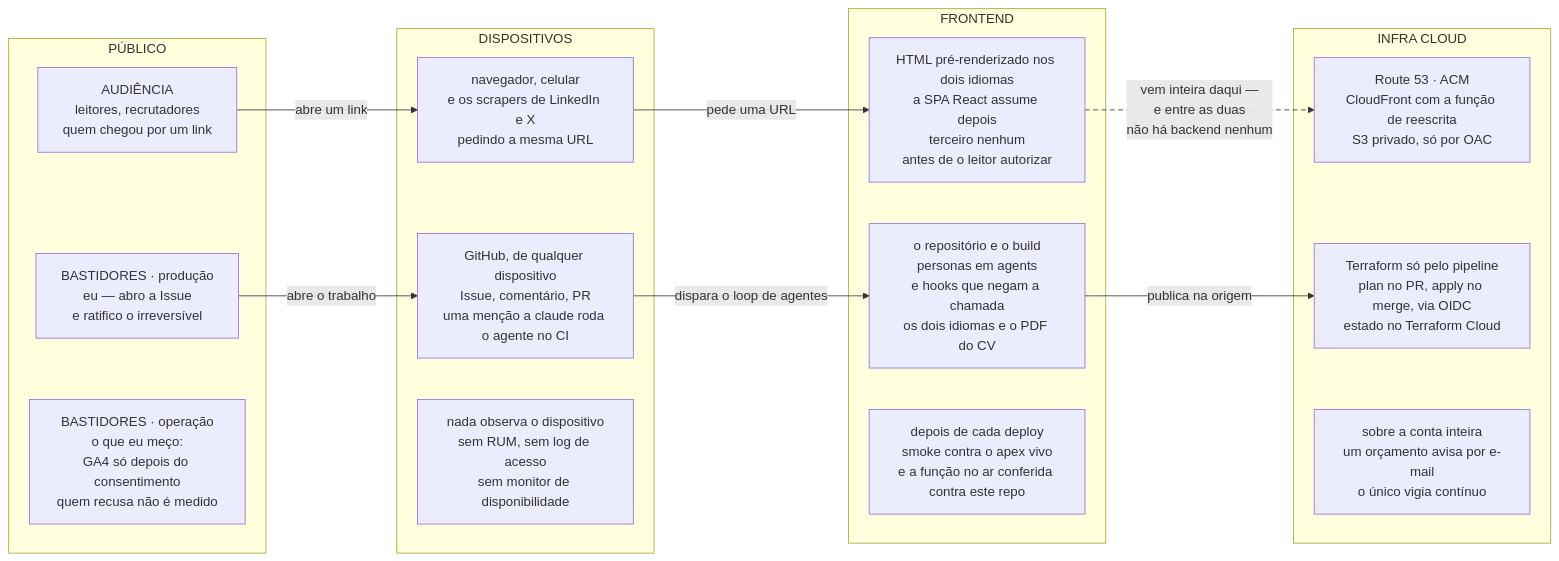
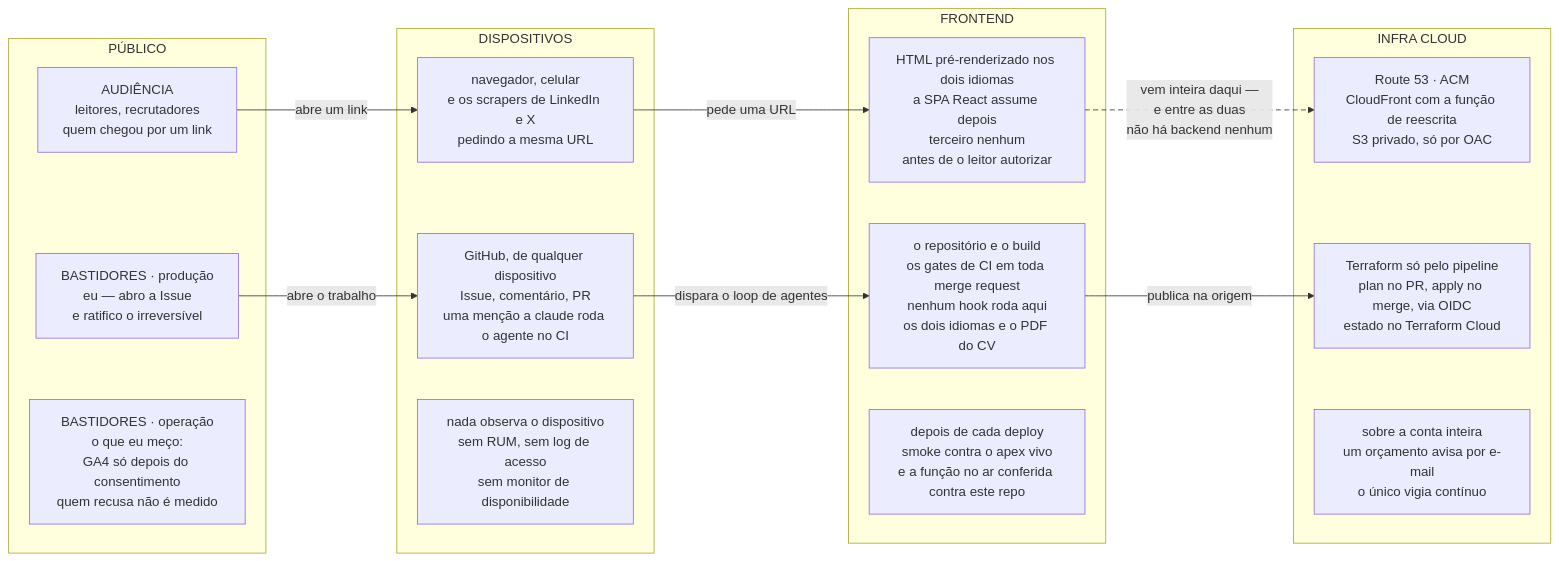
One commit to tedeuxx/tadeumendonca-io changed the first of 3 diagrams in apps/fed/src/content/architecture.pt.md. Above: the diagram before and after it, drawn with Mermaid. The commit also changed other lines of this file and 2 other files, not shown here.

````diff
--- a/apps/fed/src/content/architecture.pt.md
+++ b/apps/fed/src/content/architecture.pt.md
@@ -68,35 +68,35 @@
 ```mermaid
 flowchart LR
   accTitle: As raias e os tiers — o que o leitor encontra, e o que mantém isso de pé
-  accDescr: Uma grade que se lê da esquerda para a direita, com quatro colunas — público, dispositivos, frontend e infra cloud — e três raias empilhadas dentro delas. A raia de cima é a audiência, o que o leitor encontra no site: o público chega por um link, o dispositivo pede uma URL, e o que volta é HTML pré-renderizado nos dois idiomas, com a SPA React assumindo depois e nenhum terceiro carregado antes de o leitor autorizar — GA4 só com consentimento, YouTube só no clique. Essa página vem inteira da coluna de infra cloud: Route 53, ACM, CloudFront com a função de reescrita, e um bucket S3 privado que só responde àquela distribuição. Entre o frontend e a infra não existe coluna de backend, e essa ausência é a afirmação do desenho: não há tier de aplicação, porque o requisito nunca pediu um, e nada meu roda a cada requisição. As duas raias de baixo são os bastidores, o que ninguém vê e que mantém a operação de pé. A raia de produção: eu abro a Issue e ratifico o irreversível; o GitHub é o console, de qualquer dispositivo, e uma menção a claude dispara o agente dentro do CI sem nenhuma máquina minha ligada; o repositório e o build carregam as personas e os hooks que negam a chamada, e produzem os dois idiomas e o PDF do CV; o Terraform aplica a infraestrutura só pelo pipeline, com estado no Terraform Cloud. A raia de operação é a mais fina, e é fina por constatação e não por desenho: o que eu meço é GA4 depois do consentimento, então quem recusa não entra na conta; nada observa o dispositivo do leitor, sem RUM, sem log de acesso e sem monitor de disponibilidade; depois de cada deploy um smoke roda contra o apex vivo e confere que a função publicada é a deste repositório; e sobre a conta inteira há um orçamento que avisa por e-mail, que é o único vigia contínuo que existe.
+  accDescr: Uma grade que se lê da esquerda para a direita, com quatro colunas — público, dispositivos, frontend e infra cloud — e três raias empilhadas dentro delas. A raia de cima é a audiência, o que o leitor encontra no site: o público chega por um link, o dispositivo pede uma URL, e o que volta é HTML pré-renderizado nos dois idiomas, com a SPA React assumindo depois e nenhum terceiro carregado antes de o leitor autorizar — GA4 só com consentimento, YouTube só no clique. Essa página vem inteira da coluna de infra cloud: Route 53, ACM, CloudFront com a função de reescrita, e um bucket S3 privado que só responde àquela distribuição. Entre o frontend e a infra não existe coluna de backend, e essa ausência é a afirmação do desenho: não há tier de aplicação, porque o requisito nunca pediu um, e nada meu roda a cada requisição. As duas raias de baixo são os bastidores, o que ninguém vê e que mantém a operação de pé. A raia de produção: eu abro a Issue e ratifico o irreversível; o GitHub é o console, de qualquer dispositivo, e uma menção a claude dispara o agente dentro do CI sem nenhuma máquina minha ligada; o repositório e o build carregam os gates de CI que toda merge request roda, e produzem os dois idiomas e o PDF do CV, enquanto as personas vêm do método instalado no nível do usuário e nenhum hook roda aqui; o Terraform aplica a infraestrutura só pelo pipeline, com estado no Terraform Cloud. A raia de operação é a mais fina, e é fina por constatação e não por desenho: o que eu meço é GA4 depois do consentimento, então quem recusa não entra na conta; nada observa o dispositivo do leitor, sem RUM, sem log de acesso e sem monitor de disponibilidade; depois de cada deploy um smoke roda contra o apex vivo e confere que a função publicada é a deste repositório; e sobre a conta inteira há um orçamento que avisa por e-mail, que é o único vigia contínuo que existe.
   subgraph T1["PÚBLICO"]
     A1["AUDIÊNCIA<br/>leitores, recrutadores<br/>quem chegou por um link"]
     B1["BASTIDORES · produção<br/>eu — abro a Issue<br/>e ratifico o irreversível"]
     C1["BASTIDORES · operação<br/>o que eu meço:<br/>GA4 só depois do consentimento<br/>quem recusa não é medido"]
   end
   subgraph T2["DISPOSITIVOS"]
     A2["navegador, celular<br/>e os scrapers de LinkedIn e X<br/>pedindo a mesma URL"]
     B2["GitHub, de qualquer dispositivo<br/>Issue, comentário, PR<br/>uma menção a claude roda o agente no CI"]
     C2["nada observa o dispositivo<br/>sem RUM, sem log de acesso<br/>sem monitor de disponibilidade"]
   end
   subgraph T3["FRONTEND"]
     A3["HTML pré-renderizado nos dois idiomas<br/>a SPA React assume depois<br/>terceiro nenhum<br/>antes de o leitor autorizar"]
-    B3["o repositório e o build<br/>personas em agents<br/>e hooks que negam a chamada<br/>os dois idiomas e o PDF do CV"]
+    B3["o repositório e o build<br/>os gates de CI em toda merge request<br/>nenhum hook roda aqui<br/>os dois idiomas e o PDF do CV"]
     C3["depois de cada deploy<br/>smoke contra o apex vivo<br/>e a função no ar conferida contra este repo"]
   end
   subgraph T4["INFRA CLOUD"]
     A4["Route 53 · ACM<br/>CloudFront com a função de reescrita<br/>S3 privado, só por OAC"]
     B4["Terraform só pelo pipeline<br/>plan no PR, apply no merge, via OIDC<br/>estado no Terraform Cloud"]
     C4["sobre a conta inteira<br/>um orçamento avisa por e-mail<br/>o único vigia contínuo"]
   end
   A1 -- "abre um link" --> A2
   A2 -- "pede uma URL" --> A3
   A3 -- "vem inteira daqui —<br/>e entre as duas<br/>não há backend nenhum" --> A4
   B1 -- "abre o trabalho" --> B2
   B2 -- "dispara o loop de agentes" --> B3
   B3 -- "publica na origem" --> B4
   C1 ~~~ C2
   C2 ~~~ C3
   C3 ~~~ C4
   linkStyle 2 stroke-dasharray:6 4
 ```
````
